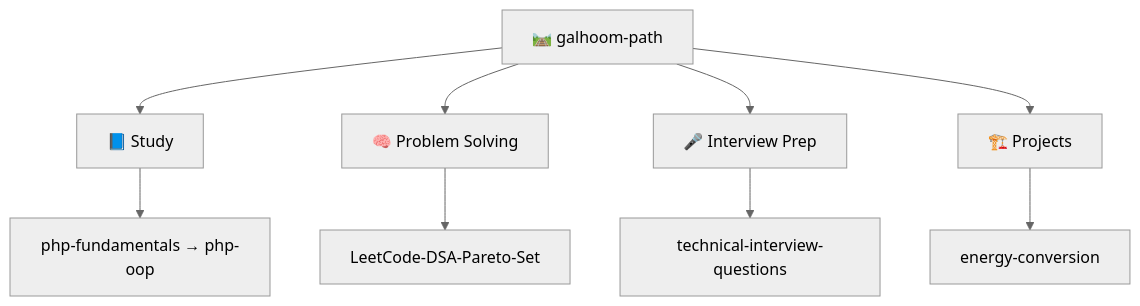
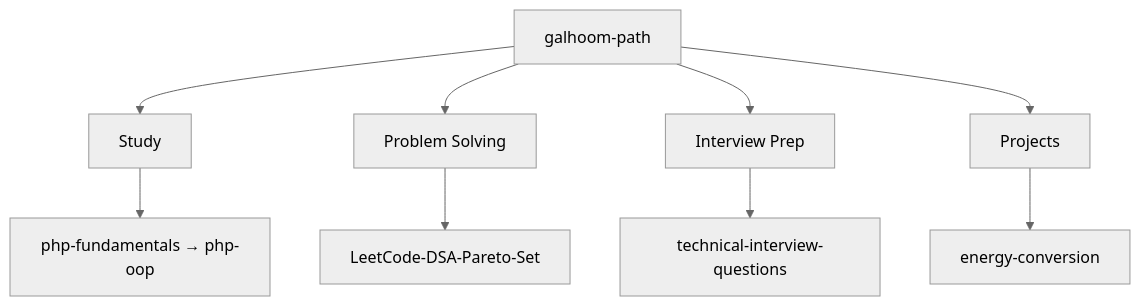
The diagram in README.md (Galhoom22/Galhoom22), drawn with Mermaid (neutral theme) before and after one commit. The commit also changed other lines of this file, not shown here.

````diff
--- a/README.md
+++ b/README.md
@@ -33,12 +31,12 @@
 ```mermaid
 flowchart TB
-  ORG["🛤️ galhoom-path"]
-  ORG --> S["📘 Study"]
-  ORG --> P["🧠 Problem Solving"]
-  ORG --> I["🎤 Interview Prep"]
-  ORG --> R["🏗️ Projects"]
+  ORG["galhoom-path"]
+  ORG --> S["Study"]
+  ORG --> P["Problem Solving"]
+  ORG --> I["Interview Prep"]
+  ORG --> R["Projects"]
   S --> S1["php-fundamentals → php-oop"]
   P --> P1["LeetCode-DSA-Pareto-Set"]
   I --> I1["technical-interview-questions"]
   R --> R1["energy-conversion"]
 ```
````
